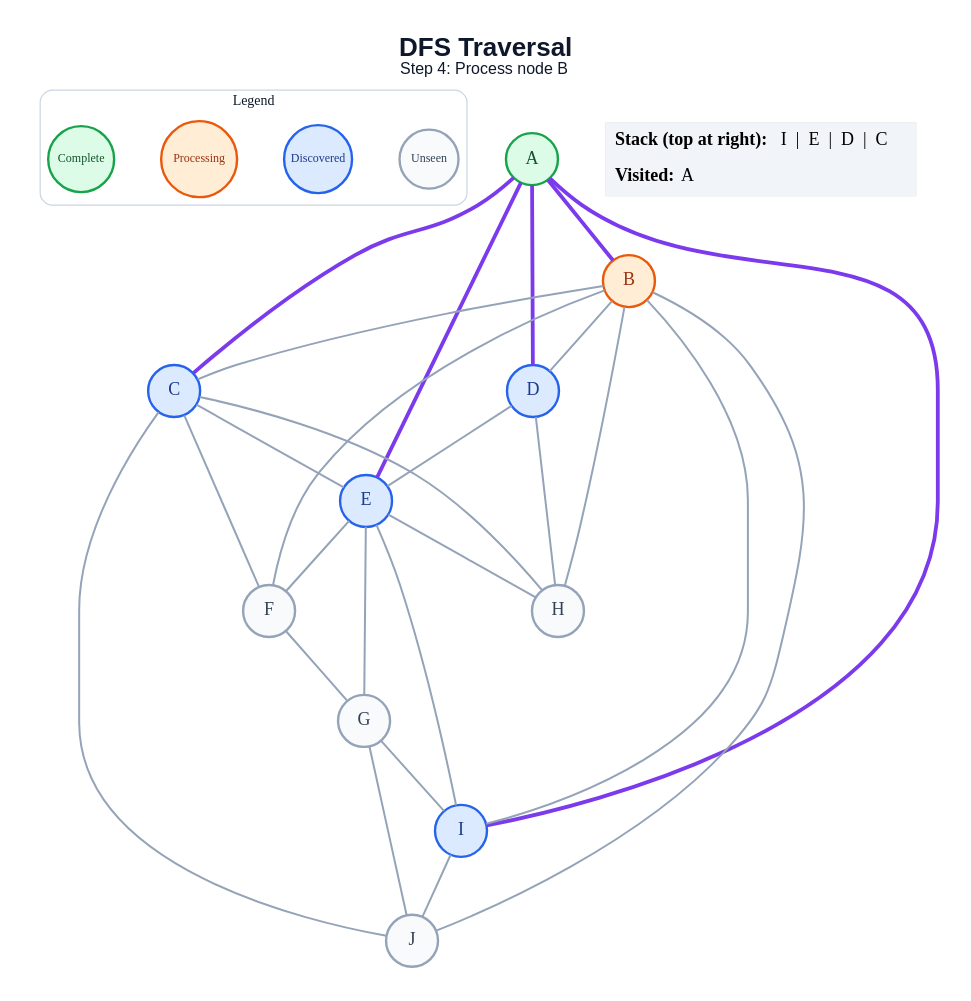
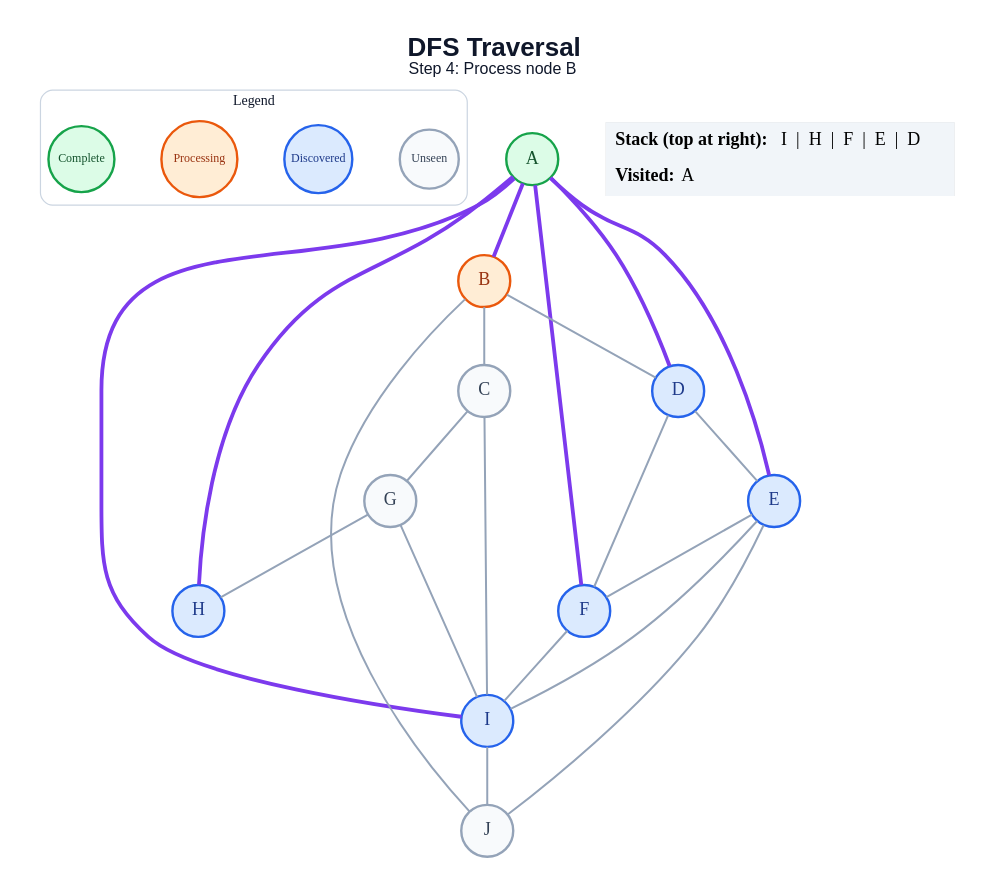
The diagram in generated/dfs/step_04.dot (anon7238593-create/ai-slop), drawn with Graphviz before and after one commit. The commit also changed 178 other files, not shown here.

```diff
--- a/generated/dfs/step_04.dot
+++ b/generated/dfs/step_04.dot
@@ -1,54 +1,49 @@
 graph traversal {
   graph [layout=dot, rankdir=TB, bgcolor="#FFFFFF", pad="0.35", nodesep="0.65", ranksep="0.8", fontname="Arial"];
   node [shape=circle, style="filled", fontname="Arial Bold", fontsize=18, width=0.72, fixedsize=true, penwidth=2.4];
   edge [color="#94A3B8", penwidth=2.0];
   label=<<B>DFS Traversal</B><BR/><FONT POINT-SIZE="16">Step 4: Process node B</FONT>>; labelloc="t"; fontsize=26; fontname="Arial"; fontcolor="#0F172A";
   subgraph cluster_legend { label="Legend"; color="#CBD5E1"; penwidth=1.2; style="rounded"; fontsize=14; fontname="Arial Bold";
     key_unseen [label="Unseen", fillcolor="#F8FAFC", color="#94A3B8", fontcolor="#334155", fontsize=12, width=0.82];
     key_frontier [label="Discovered", fillcolor="#DBEAFE", color="#2563EB", fontcolor="#1E3A8A", fontsize=12, width=0.95];
     key_current [label="Processing", fillcolor="#FFEDD5", color="#EA580C", fontcolor="#9A3412", fontsize=12, width=1.05];
     key_done [label="Complete", fillcolor="#DCFCE7", color="#16A34A", fontcolor="#14532D", fontsize=12, width=0.92];
     { rank=same; key_unseen; key_frontier; key_current; key_done; }
   }
   A [fillcolor="#DCFCE7", color="#16A34A", fontcolor="#14532D"];
   B [fillcolor="#FFEDD5", color="#EA580C", fontcolor="#9A3412"];
-  C [fillcolor="#DBEAFE", color="#2563EB", fontcolor="#1E3A8A"];
+  C [fillcolor="#F8FAFC", color="#94A3B8", fontcolor="#334155"];
   D [fillcolor="#DBEAFE", color="#2563EB", fontcolor="#1E3A8A"];
   E [fillcolor="#DBEAFE", color="#2563EB", fontcolor="#1E3A8A"];
-  F [fillcolor="#F8FAFC", color="#94A3B8", fontcolor="#334155"];
+  F [fillcolor="#DBEAFE", color="#2563EB", fontcolor="#1E3A8A"];
   G [fillcolor="#F8FAFC", color="#94A3B8", fontcolor="#334155"];
-  H [fillcolor="#F8FAFC", color="#94A3B8", fontcolor="#334155"];
+  H [fillcolor="#DBEAFE", color="#2563EB", fontcolor="#1E3A8A"];
   I [fillcolor="#DBEAFE", color="#2563EB", fontcolor="#1E3A8A"];
   J [fillcolor="#F8FAFC", color="#94A3B8", fontcolor="#334155"];
   A -- B [color="#7C3AED", penwidth=3.8];
-  A -- C [color="#7C3AED", penwidth=3.8];
   A -- D [color="#7C3AED", penwidth=3.8];
   A -- E [color="#7C3AED", penwidth=3.8];
+  A -- F [color="#7C3AED", penwidth=3.8];
+  A -- H [color="#7C3AED", penwidth=3.8];
   A -- I [color="#7C3AED", penwidth=3.8];
   B -- C;
   B -- D;
-  B -- F;
-  B -- H;
-  B -- I;
   B -- J;
-  C -- E;
-  C -- F;
-  C -- H;
-  C -- J;
+  C -- G;
+  C -- I;
   D -- E;
-  D -- H;
+  D -- F;
   E -- F;
-  E -- G;
-  E -- H;
   E -- I;
-  F -- G;
+  E -- J;
+  F -- I;
+  G -- H;
   G -- I;
-  G -- J;
   I -- J;
   status [shape=plain, fixedsize=false, width=0, height=0, margin=0, label=<
     <TABLE BORDER="0" CELLBORDER="0" CELLPADDING="7" BGCOLOR="#F1F5F9">
-      <TR><TD ALIGN="LEFT"><B>Stack (top at right):</B> I  |  E  |  D  |  C</TD></TR>
+      <TR><TD ALIGN="LEFT"><B>Stack (top at right):</B> I  |  H  |  F  |  E  |  D</TD></TR>
       <TR><TD ALIGN="LEFT"><B>Visited:</B> A</TD></TR>
     </TABLE>
   >];
 }
```
